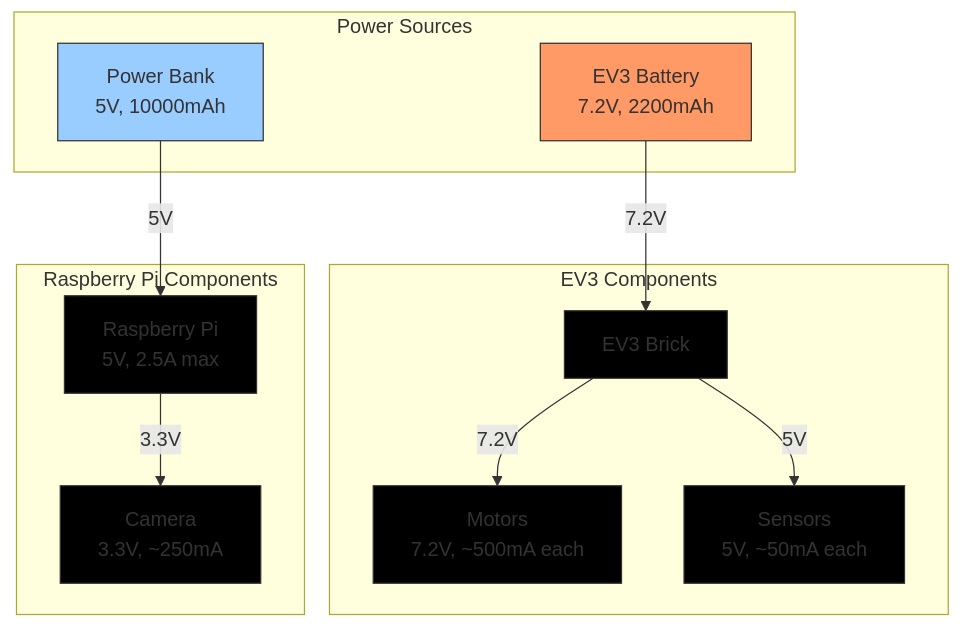
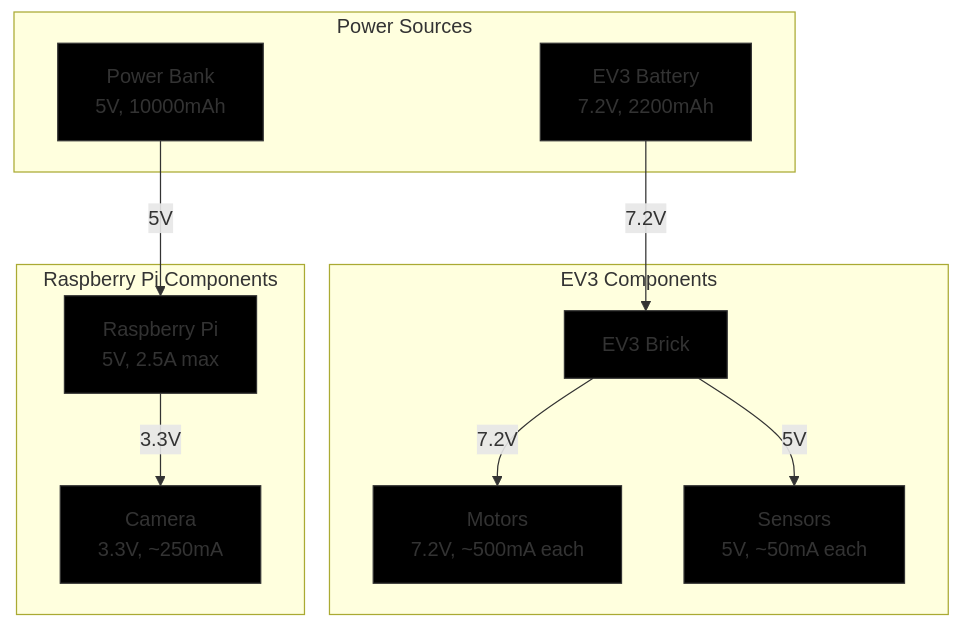
One commit to Kikatsu/2025ChangeMakers changed the third of 3 diagrams in README.md. Above: the diagram before and after it, drawn with Mermaid.

````diff
--- a/README.md
+++ b/README.md
@@ -193,33 +193,33 @@
 ```mermaid
 flowchart TD
     subgraph Power_Sources["Power Sources"]
         EV3Bat["EV3 Battery\n7.2V, 2200mAh"]
         PowerBank["Power Bank\n5V, 10000mAh"]
     end
 
     subgraph EV3_Components["EV3 Components"]
         EV3["EV3 Brick"]
         Motors["Motors\n7.2V, ~500mA each"]
         Sensors["Sensors\n5V, ~50mA each"]
     end
 
     subgraph Pi_Components["Raspberry Pi Components"]
         RPi["Raspberry Pi\n5V, 2.5A max"]
         Cam["Camera\n3.3V, ~250mA"]
     end
 
     EV3Bat --> |"7.2V"| EV3
     EV3 --> |"7.2V"| Motors
     EV3 --> |"5V"| Sensors
     
     PowerBank --> |"5V"| RPi
     RPi --> |"3.3V"| Cam
 
-    style EV3Bat fill:#f96,stroke:#333
-    style PowerBank fill:#9cf,stroke:#333
+    style EV3Bat fill:#000,stroke:#333
+    style PowerBank fill:#000,stroke:#333
     style EV3 fill:#000,stroke:#333
     style RPi fill:#000,stroke:#333
     style Motors fill:#000,stroke:#333
     style Sensors fill:#000,stroke:#333
     style Cam fill:#000,stroke:#333
 ```
````
